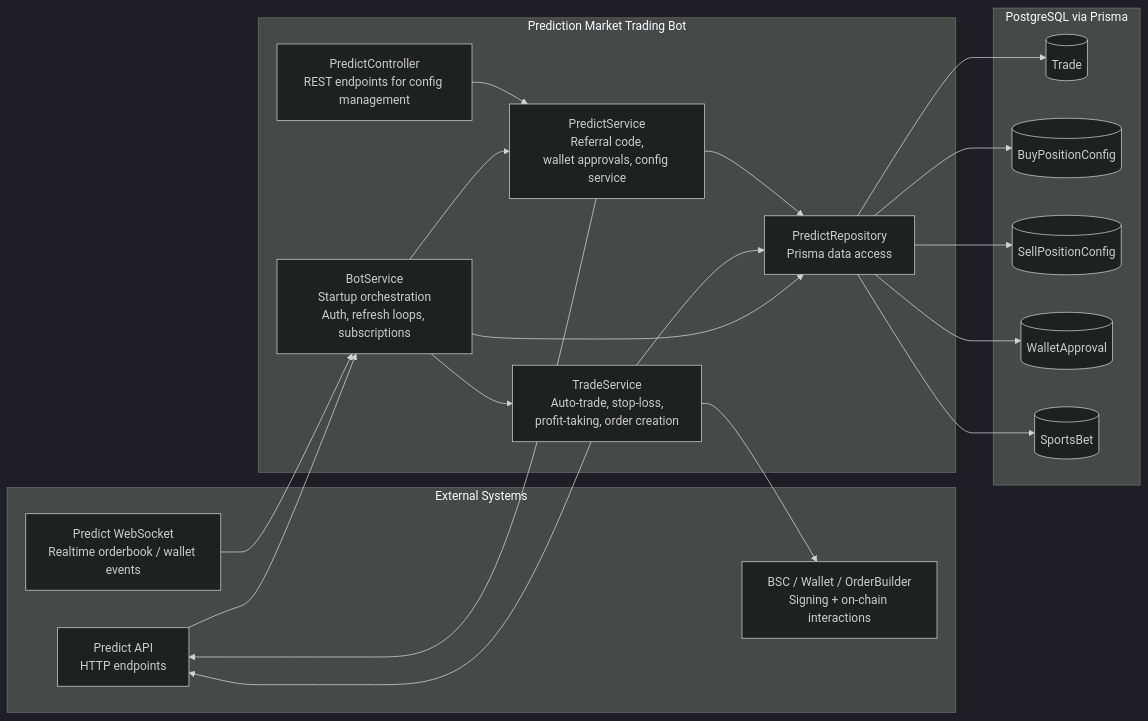
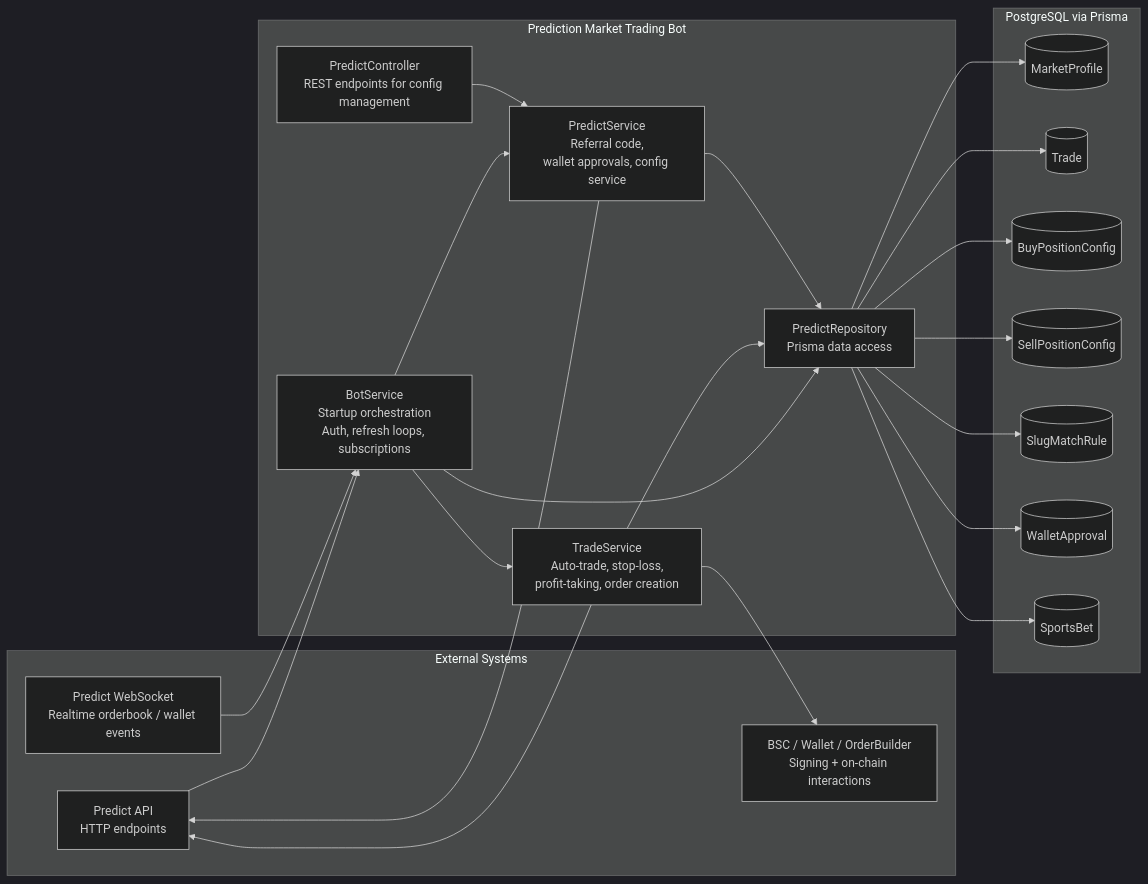
Before and after one commit to blckfsh/prediction-market-trading-bot: the first of 2 diagrams in docs/architecture.md, drawn with Mermaid (dark theme). The commit also changed other lines of this file and 39 other files, not shown here.

````diff
--- a/docs/architecture.md
+++ b/docs/architecture.md
@@ -19,46 +19,50 @@
 ```mermaid
 flowchart LR
   subgraph EXT[External Systems]
     PAPI[Predict API<br/>HTTP endpoints]
     PWS[Predict WebSocket<br/>Realtime orderbook / wallet events]
     BSC[BSC / Wallet / OrderBuilder<br/>Signing + on-chain interactions]
   end
 
   subgraph APP[Prediction Market Trading Bot]
     BOT[BotService<br/>Startup orchestration<br/>Auth, refresh loops, subscriptions]
     TRADE[TradeService<br/>Auto-trade, stop-loss,<br/>profit-taking, order creation]
     PRED[PredictService<br/>Referral code,<br/>wallet approvals, config service]
     REPO[PredictRepository<br/>Prisma data access]
     CTRL[PredictController<br/>REST endpoints for config management]
   end
 
   subgraph DB[PostgreSQL via Prisma]
+    TBL0[(MarketProfile)]
     TBL1[(Trade)]
     TBL2[(BuyPositionConfig)]
     TBL3[(SellPositionConfig)]
-    TBL4[(WalletApproval)]
-    TBL5[(SportsBet)]
+    TBL4[(SlugMatchRule)]
+    TBL5[(WalletApproval)]
+    TBL6[(SportsBet)]
   end
 
   PAPI --> BOT
   PWS --> BOT
 
   BOT --> PRED
   BOT --> TRADE
   BOT --> REPO
 
   TRADE --> PAPI
   TRADE --> BSC
   TRADE --> REPO
 
   PRED --> PAPI
   PRED --> REPO
 
   CTRL --> PRED
 
+  REPO --> TBL0
   REPO --> TBL1
   REPO --> TBL2
   REPO --> TBL3
   REPO --> TBL4
   REPO --> TBL5
+  REPO --> TBL6
 ```
````
